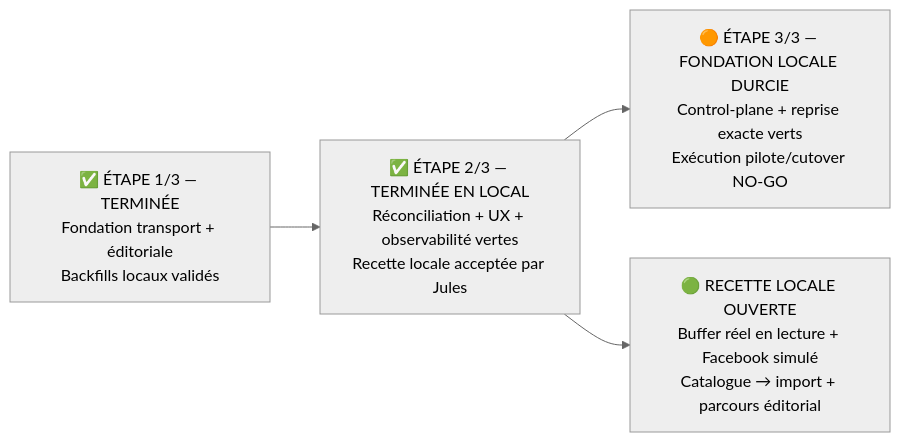
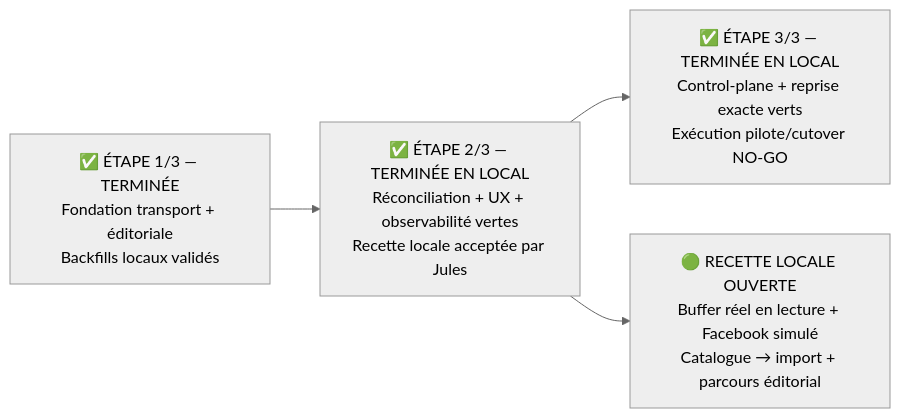
One commit to Lenenba/mlkpro_v3 changed the diagram in docs/MALIKIA_PULSE_AVANCEMENT_VISUEL.md. Above: the diagram before and after it, drawn with Mermaid (neutral theme). The commit also changed other lines of this file and 1 other file, not shown here.

Commit message:
docs(pulse): close local phase 3

````diff
--- a/docs/MALIKIA_PULSE_AVANCEMENT_VISUEL.md
+++ b/docs/MALIKIA_PULSE_AVANCEMENT_VISUEL.md
@@ -11,10 +11,10 @@
 ```mermaid
 flowchart LR
     E1["✅ ÉTAPE 1/3 — TERMINÉE<br/>Fondation transport + éditoriale<br/>Backfills locaux validés"]
     E2["✅ ÉTAPE 2/3 — TERMINÉE EN LOCAL<br/>Réconciliation + UX + observabilité vertes<br/>Recette locale acceptée par Jules"]
-    E3["🟠 ÉTAPE 3/3 — FONDATION LOCALE DURCIE<br/>Control-plane + reprise exacte verts<br/>Exécution pilote/cutover NO-GO"]
+    E3["✅ ÉTAPE 3/3 — TERMINÉE EN LOCAL<br/>Control-plane + reprise exacte verts<br/>Exécution pilote/cutover NO-GO"]
     UAT["🟢 RECETTE LOCALE OUVERTE<br/>Buffer réel en lecture + Facebook simulé<br/>Catalogue → import + parcours éditorial"]
 
     E1 --> E2 --> E3
     E2 --> UAT
 ```
````
